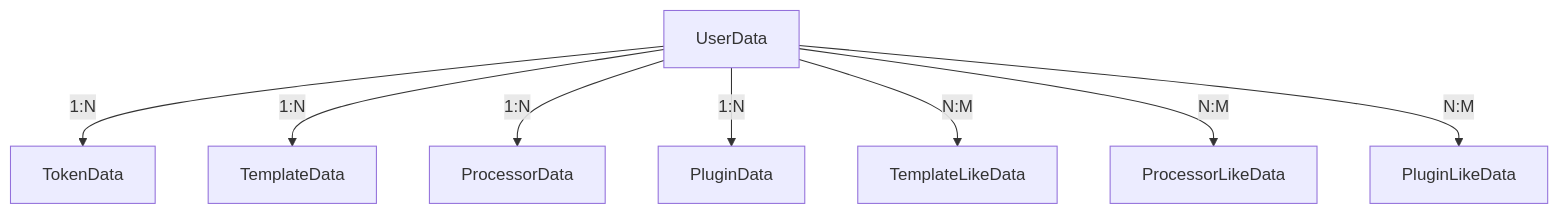
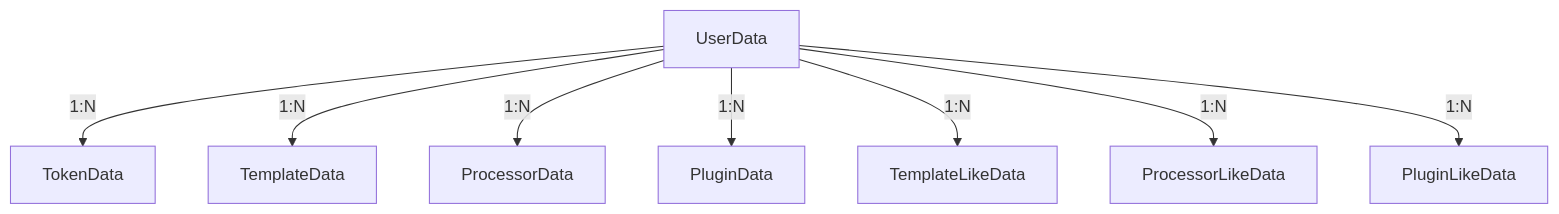
Before and after one commit to AtomiCloud/sulfone.zinc: the second of 2 diagrams in docs/developer/modules/03-users.md, drawn with Mermaid. The commit also changed other lines of this file and 31 other files, not shown here.

````diff
--- a/docs/developer/modules/03-users.md
+++ b/docs/developer/modules/03-users.md
@@ -200,10 +223,10 @@
 ```mermaid
 flowchart TB
     User[UserData] -->|1:N| Token[TokenData]
     User -->|1:N| Template[TemplateData]
     User -->|1:N| Processor[ProcessorData]
     User -->|1:N| Plugin[PluginData]
-    User -->|N:M| TemplateLike[TemplateLikeData]
-    User -->|N:M| ProcessorLike[ProcessorLikeData]
-    User -->|N:M| PluginLike[PluginLikeData]
+    User -->|1:N| TemplateLike[TemplateLikeData]
+    User -->|1:N| ProcessorLike[ProcessorLikeData]
+    User -->|1:N| PluginLike[PluginLikeData]
 ```
````
